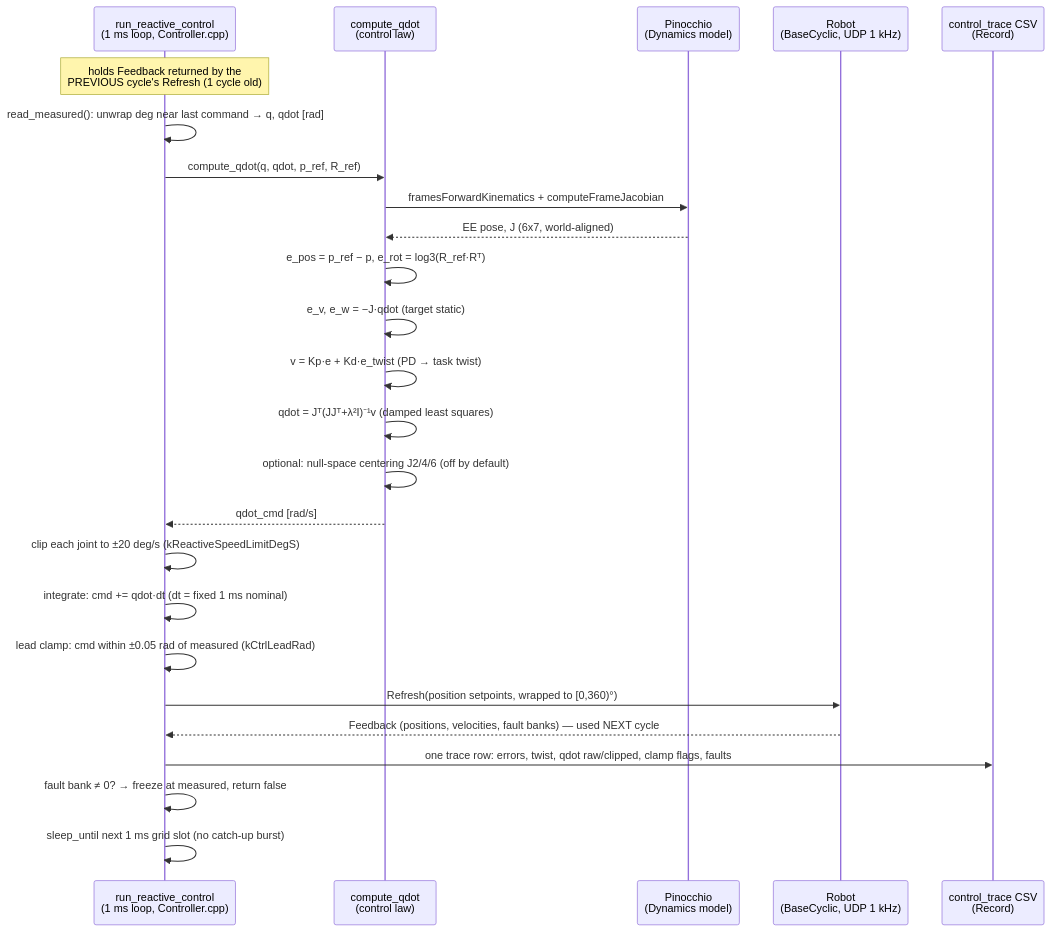
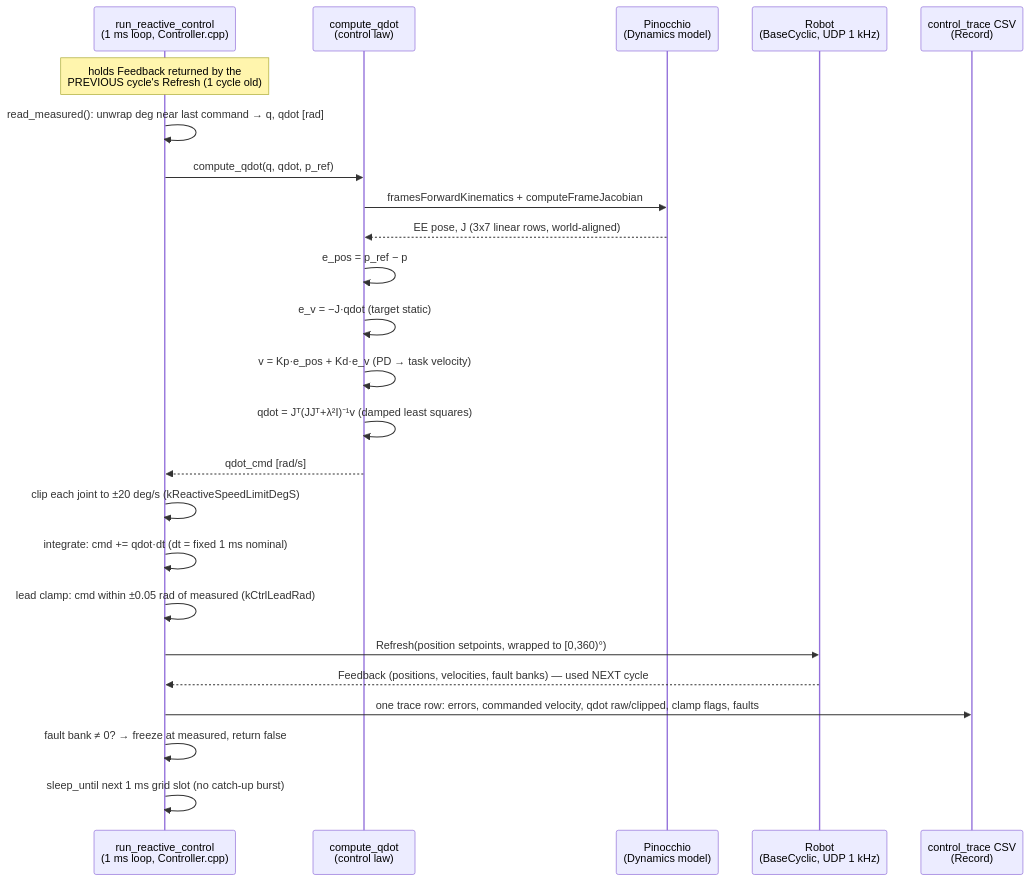
Before and after one commit to fechachris4/HumanSL_MAIN: the second of 2 diagrams in Christian_control/docs/CONTROLLER_CODE_MAP.md, drawn with Mermaid. The commit also changed other lines of this file and 63 other files, not shown here.

````diff
--- a/Christian_control/docs/CONTROLLER_CODE_MAP.md
+++ b/Christian_control/docs/CONTROLLER_CODE_MAP.md
@@ -46,28 +66,27 @@
 ```mermaid
 sequenceDiagram
     participant L as run_reactive_control<br/>(1 ms loop, Controller.cpp)
     participant C as compute_qdot<br/>(control law)
     participant P as Pinocchio<br/>(Dynamics model)
     participant R as Robot<br/>(BaseCyclic, UDP 1 kHz)
     participant T as control_trace CSV<br/>(Record)
 
     Note over L: holds Feedback returned by the<br/>PREVIOUS cycle's Refresh (1 cycle old)
     L->>L: read_measured(): unwrap deg near last command → q, qdot [rad]
-    L->>C: compute_qdot(q, qdot, p_ref, R_ref)
+    L->>C: compute_qdot(q, qdot, p_ref)
     C->>P: framesForwardKinematics + computeFrameJacobian
-    P-->>C: EE pose, J (6x7, world-aligned)
-    C->>C: e_pos = p_ref − p, e_rot = log3(R_ref·Rᵀ)
-    C->>C: e_v, e_w = −J·qdot (target static)
-    C->>C: v = Kp·e + Kd·e_twist (PD → task twist)
+    P-->>C: EE pose, J (3x7 linear rows, world-aligned)
+    C->>C: e_pos = p_ref − p
+    C->>C: e_v = −J·qdot (target static)
+    C->>C: v = Kp·e_pos + Kd·e_v (PD → task velocity)
     C->>C: qdot = Jᵀ(JJᵀ+λ²I)⁻¹v (damped least squares)
-    C->>C: optional: null-space centering J2/4/6 (off by default)
     C-->>L: qdot_cmd [rad/s]
     L->>L: clip each joint to ±20 deg/s (kReactiveSpeedLimitDegS)
     L->>L: integrate: cmd += qdot·dt (dt = fixed 1 ms nominal)
     L->>L: lead clamp: cmd within ±0.05 rad of measured (kCtrlLeadRad)
     L->>R: Refresh(position setpoints, wrapped to [0,360)°)
     R-->>L: Feedback (positions, velocities, fault banks) — used NEXT cycle
-    L->>T: one trace row: errors, twist, qdot raw/clipped, clamp flags, faults
+    L->>T: one trace row: errors, commanded velocity, qdot raw/clipped, clamp flags, faults
     L->>L: fault bank ≠ 0? → freeze at measured, return false
     L->>L: sleep_until next 1 ms grid slot (no catch-up burst)
 ```
````
